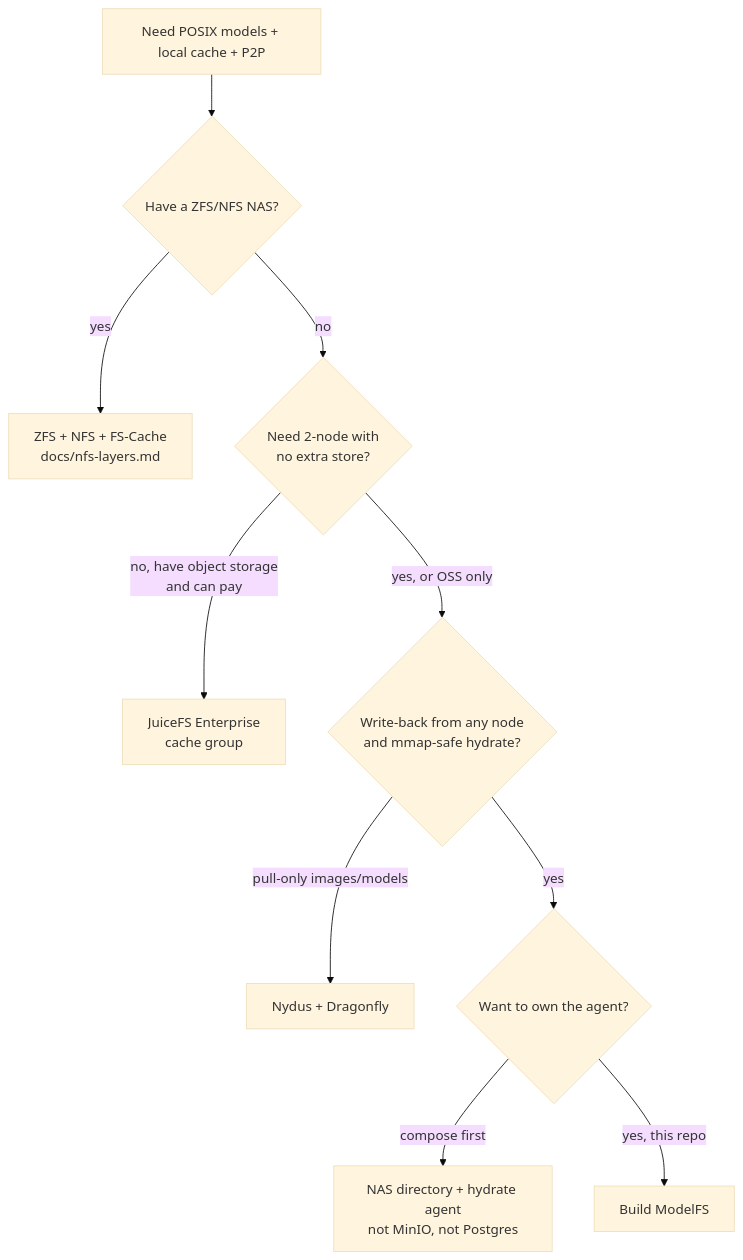
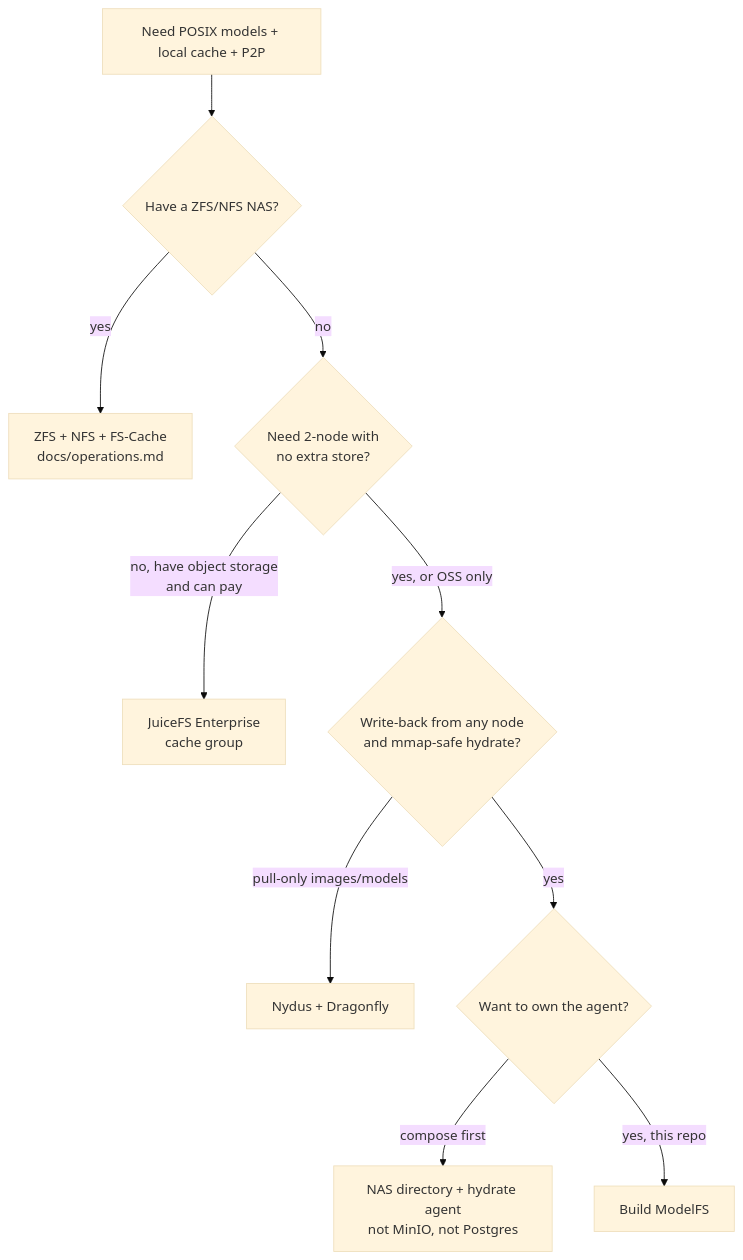
The fourth of 4 diagrams in docs/design.md (maci0/modelfs), drawn with Mermaid (base theme) before and after one commit. The commit also changed other lines of this file and 28 other files, not shown here.

````diff
--- a/docs/design.md
+++ b/docs/design.md
@@ -369,13 +369,13 @@
 ```mermaid
 flowchart TB
   start[Need POSIX models + local cache + P2P]
   start --> q0{Have a ZFS/NFS NAS?}
-  q0 -->|yes| nfs["ZFS + NFS + FS-Cache<br/>docs/nfs-layers.md"]
+  q0 -->|yes| nfs["ZFS + NFS + FS-Cache<br/>docs/operations.md"]
   q0 -->|no| q1{Need 2-node with<br/>no extra store?}
   q1 -->|no, have object storage<br/>and can pay| juice["JuiceFS Enterprise<br/>cache group"]
   q1 -->|yes, or OSS only| q2{Write-back from any node<br/>and mmap-safe hydrate?}
   q2 -->|pull-only images/models| nydus["Nydus + Dragonfly"]
   q2 -->|yes| q3{Want to own the agent?}
   q3 -->|compose first| compose["NAS directory + hydrate agent<br/>not MinIO, not Postgres"]
   q3 -->|yes, this repo| build["Build ModelFS"]
 ```
````
